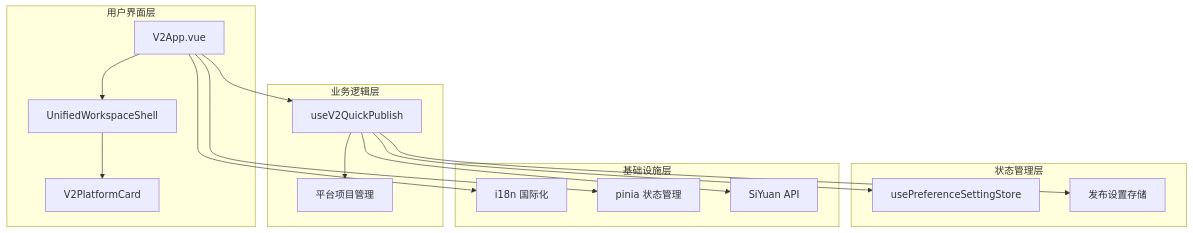
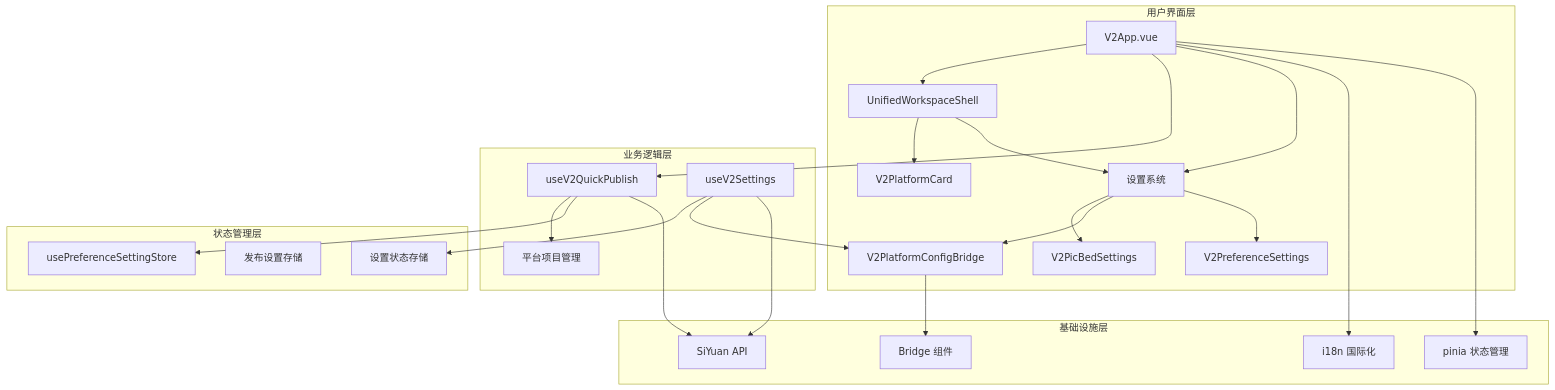
One commit to terwer/siyuan-plugin-publisher changed the third of 9 diagrams in .qoder/repowiki/zh/content/用户界面组件/UI V2 迁移规范.md. Above: the diagram before and after it, drawn with Mermaid. The commit also changed other lines of this file and 27 other files, not shown here.

First line of the commit message:
feat(commonblog): add common blog setting component for platform config

````diff
--- a/.qoder/repowiki/zh/content/用户界面组件/UI V2 迁移规范.md
+++ b/.qoder/repowiki/zh/content/用户界面组件/UI V2 迁移规范.md
@@ -142,30 +158,45 @@
 ```mermaid
 graph TB
 subgraph "用户界面层"
 V2App[V2App.vue]
 Shell[UnifiedWorkspaceShell]
 Cards[V2PlatformCard]
+Settings[设置系统]
+PicBed[V2PicBedSettings]
+PlatformBridge[V2PlatformConfigBridge]
+Preference[V2PreferenceSettings]
 end
 subgraph "业务逻辑层"
 QuickPublish[useV2QuickPublish]
+SettingsLogic[useV2Settings]
 PlatformItems[平台项目管理]
 end
 subgraph "状态管理层"
 PrefStore[usePreferenceSettingStore]
 PublishStore[发布设置存储]
+SettingsStore[设置状态存储]
 end
 subgraph "基础设施层"
 I18n[i18n 国际化]
 Pinia[pinia 状态管理]
 API[SiYuan API]
+Bridge[Bridge 组件]
 end
 V2App --> Shell
 V2App --> QuickPublish
+V2App --> Settings
 Shell --> Cards
+Shell --> Settings
+Settings --> PicBed
+Settings --> PlatformBridge
+Settings --> Preference
 QuickPublish --> PlatformItems
 QuickPublish --> PrefStore
-QuickPublish --> PublishStore
+SettingsLogic --> SettingsStore
+SettingsLogic --> PlatformBridge
 V2App --> I18n
 V2App --> Pinia
 QuickPublish --> API
+SettingsLogic --> API
+PlatformBridge --> Bridge
 ```
````
